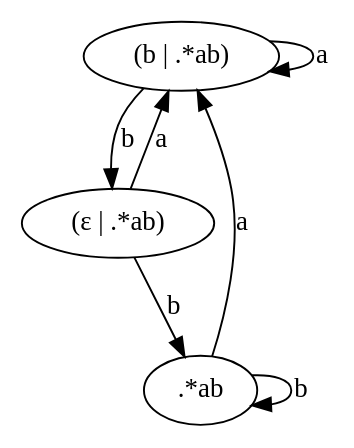
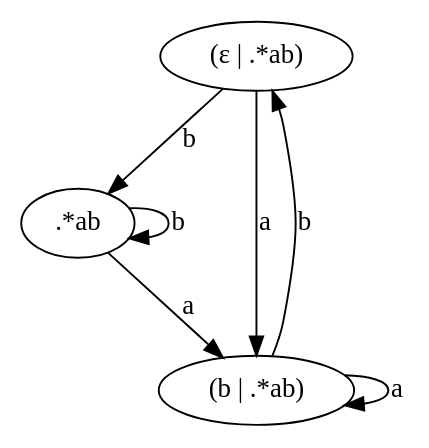
One commit to eniac/Reef changed the diagram in graphs/dfa.dot. Above: the diagram before and after it, drawn with Graphviz. The commit also changed other lines of this file and 3 other files, not shown here.

```diff
--- a/graphs/dfa.dot
+++ b/graphs/dfa.dot
@@ -1,11 +1,11 @@
 digraph example {
-    N1[label="(b | .*ab)"];
     N2[label="(ε | .*ab)"];
     N0[label=".*ab"];
-    N0 -> N1[label="a"];
+    N1[label="(b | .*ab)"];
+    N1 -> N2[label="b"];
     N2 -> N0[label="b"];
-    N2 -> N1[label="a"];
     N1 -> N1[label="a"];
     N0 -> N0[label="b"];
-    N1 -> N2[label="b"];
+    N0 -> N1[label="a"];
+    N2 -> N1[label="a"];
 }
```
